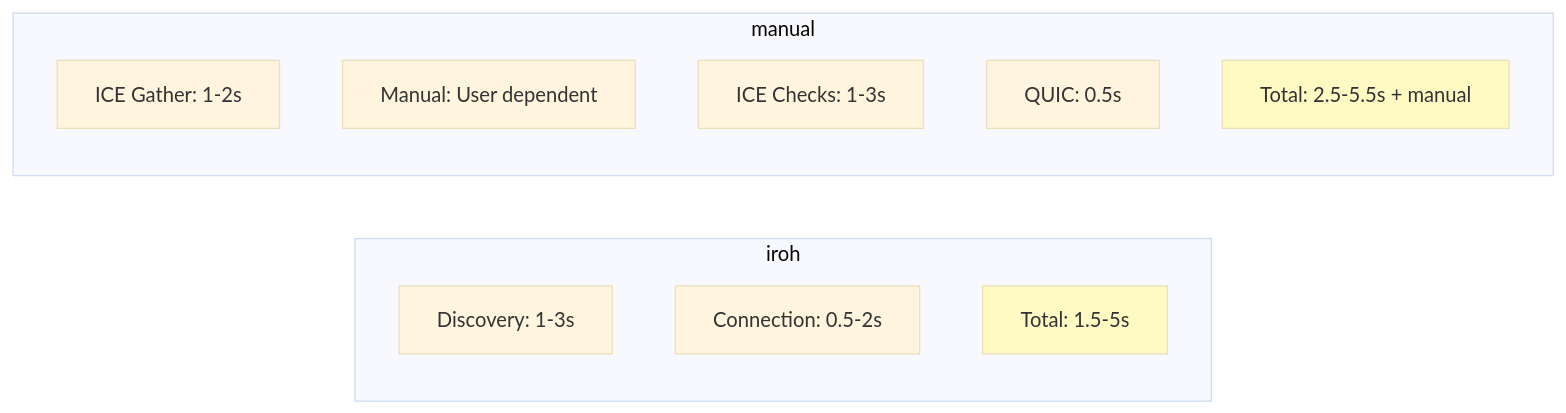
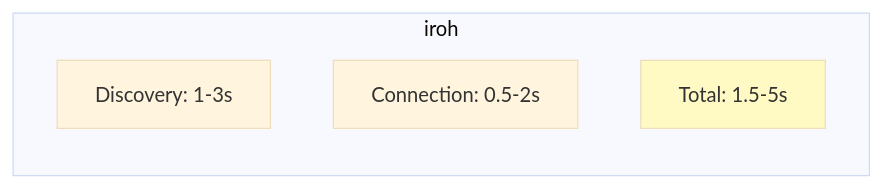
One commit to andrewtheguy/tunnel-rs changed diagram 21 of 22 in docs/ARCHITECTURE.md. Above: the diagram before and after it, drawn with Mermaid (base theme). The commit also changed other lines of this file and 54 other files, not shown here.

````diff
--- a/docs/ARCHITECTURE.md
+++ b/docs/ARCHITECTURE.md
@@ -946,19 +804,10 @@
 ```mermaid
 graph LR
     subgraph "iroh"
         A[Discovery: 1-3s]
         B[Connection: 0.5-2s]
         C[Total: 1.5-5s]
     end
 
-    subgraph "manual"
-        H[ICE Gather: 1-2s]
-        I[Manual: User dependent]
-        J[ICE Checks: 1-3s]
-        K[QUIC: 0.5s]
-        L[Total: 2.5-5.5s + manual]
-    end
-
     style C fill:#FFF9C4
-    style L fill:#FFF9C4
 ```
````
